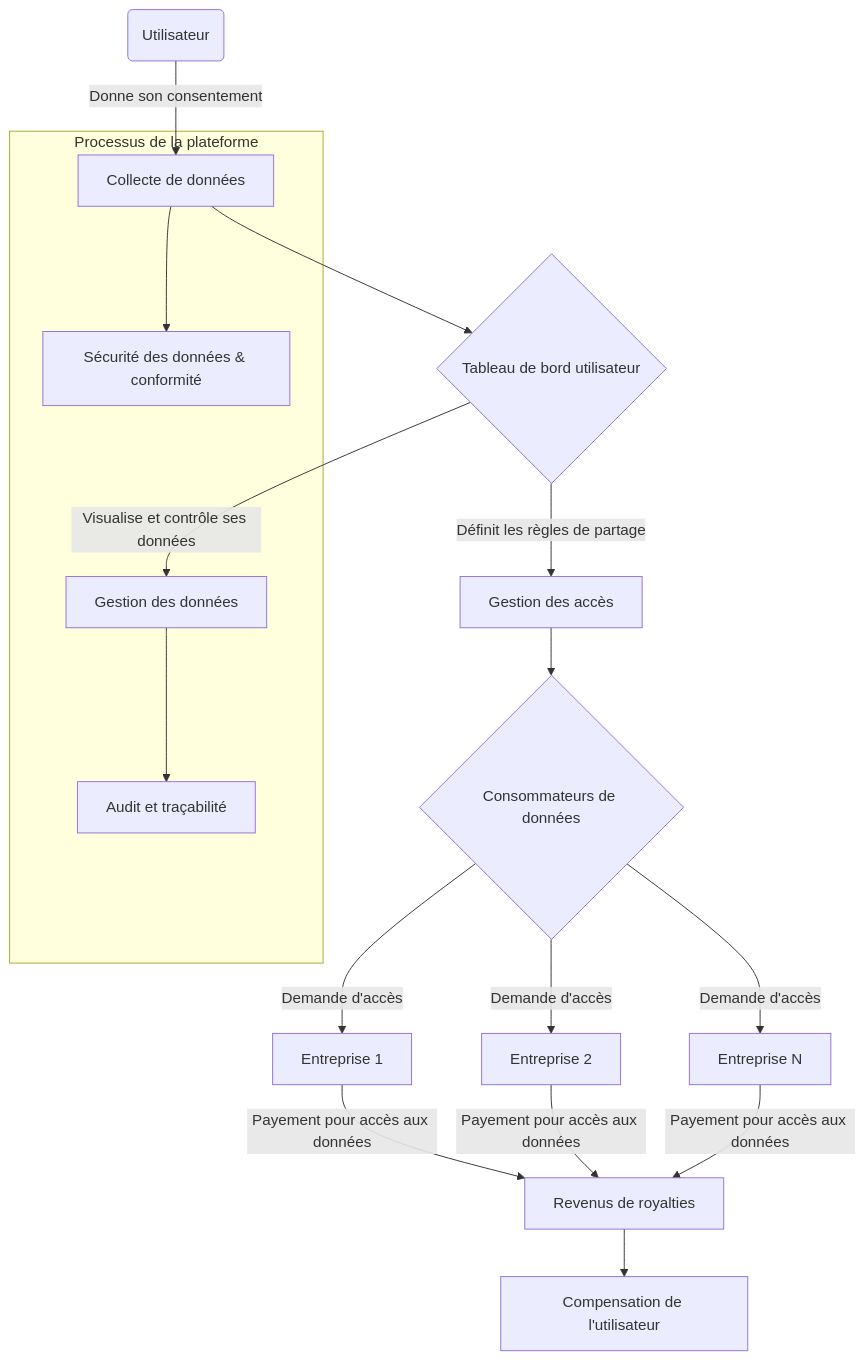
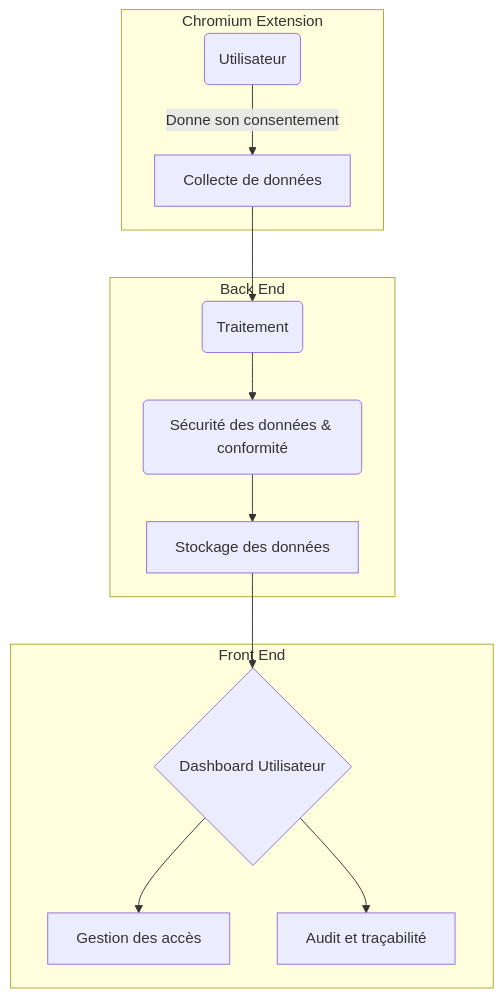
Before and after one commit to EIP-Data/Documentation: the diagram in docs/comment_ca_marche.rst, drawn with Mermaid. The commit also changed other lines of this file and 3 other files, not shown here.

```diff
--- a/docs/comment_ca_marche.rst
+++ b/docs/comment_ca_marche.rst
@@ -7,23 +7,17 @@
 .. mermaid::
 
-   graph TD
-       A(Utilisateur) -->|Donne son consentement| B[Collecte de données]
-       B --> C{Tableau de bord utilisateur}
-       C -->|Visualise et contrôle ses données| D[Gestion des données]
-       C -->|Définit les règles de partage| E[Gestion des accès]
-       E --> F{Consommateurs de données}
-
-       F -->|Demande d'accès| G[Entreprise 1]
-       F -->|Demande d'accès| H[Entreprise 2]
-       F -->|Demande d'accès| I[Entreprise N]
-
-       G -->|Payement pour accès aux données| J[Revenus de royalties]
-       H -->|Payement pour accès aux données| J
-       I -->|Payement pour accès aux données| J
-
-       J --> K[Compensation de l'utilisateur]
-
-       subgraph Processus de la plateforme
-           B --> L[Sécurité des données & conformité]
-           D --> M[Audit et traçabilité]
-       end
+    flowchart TD
+        User(Utilisateur)
+        subgraph "Chromium Extension"
+            User -->|Donne son consentement| Collecte[Collecte de données]
+        end
+        subgraph "Back End"
+            Collecte --> Traitement(Traitement)
+            Traitement --> Securite(Sécurité des données & conformité)
+            Securite --> Stockage[Stockage des données]
+        end
+        subgraph "Front End"
+            Stockage --> Dashboard{Dashboard Utilisateur}
+            Dashboard --> E[Gestion des accès]
+            Dashboard --> G[Audit et traçabilité]
+        end
```
